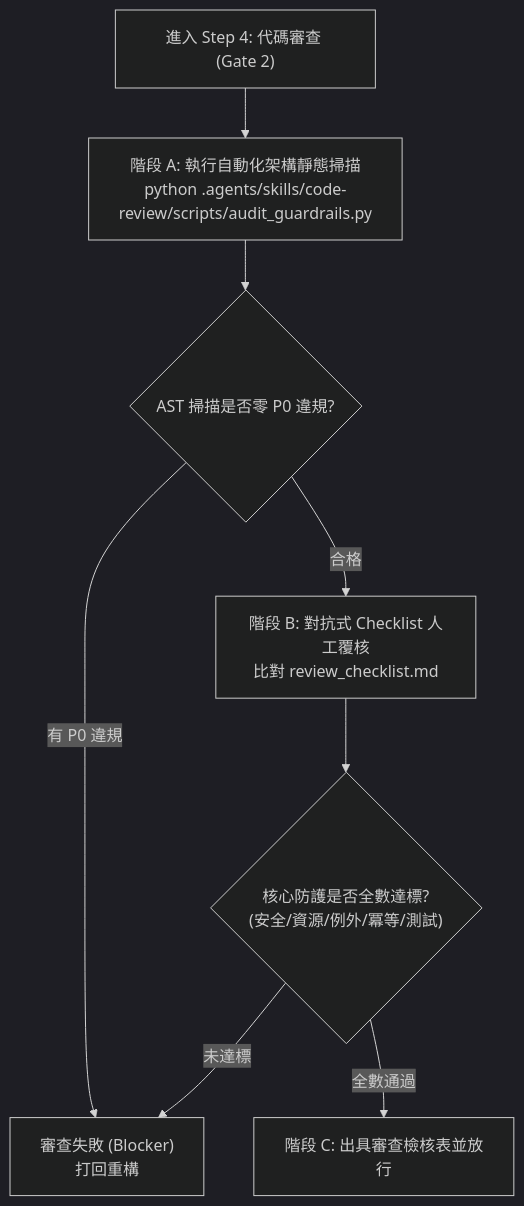
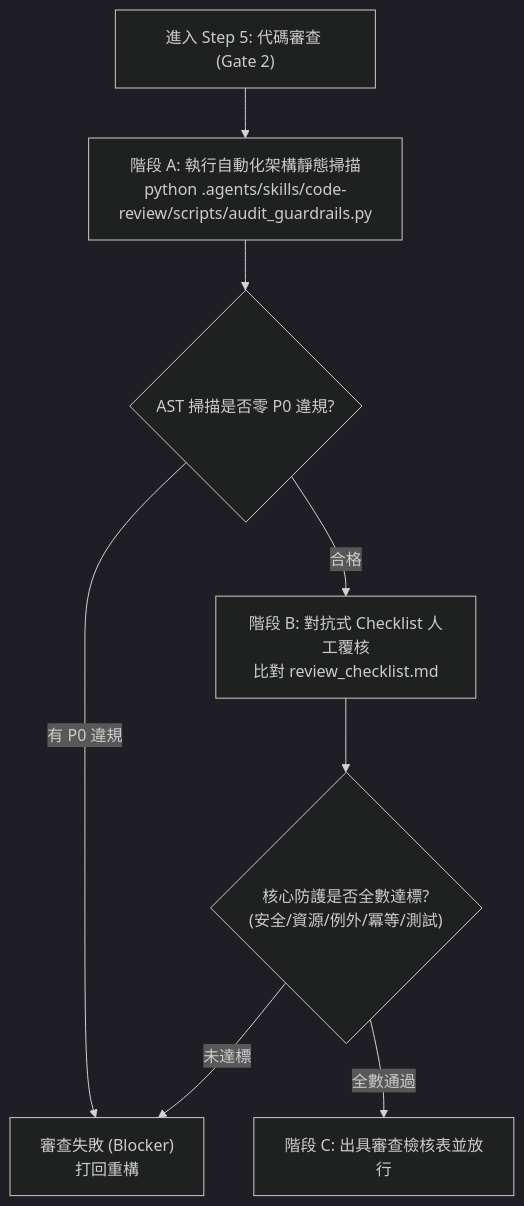
The diagram in .agents/skills/code-review/SKILL.md (williamcccc/resume-transform-search), drawn with Mermaid (dark theme) before and after one commit. The commit also changed other lines of this file and 2 other files, not shown here.

First line of the commit message:
docs: Gate 2 新增需求—斷言追溯檢查

````diff
--- a/.agents/skills/code-review/SKILL.md
+++ b/.agents/skills/code-review/SKILL.md
@@ -19,10 +19,10 @@
 ```mermaid
 flowchart TD
-    Start["進入 Step 4: 代碼審查 (Gate 2)"] --> StepA["階段 A: 執行自動化架構靜態掃描<br>python .agents/skills/code-review/scripts/audit_guardrails.py"]
+    Start["進入 Step 5: 代碼審查 (Gate 2)"] --> StepA["階段 A: 執行自動化架構靜態掃描<br>python .agents/skills/code-review/scripts/audit_guardrails.py"]
     StepA --> CheckA{"AST 掃描是否零 P0 違規?"}
     CheckA -->|"有 P0 違規"| Fail["審查失敗 (Blocker)<br>打回重構"]
     CheckA -->|"合格"| StepB["階段 B: 對抗式 Checklist 人工覆核<br>比對 review_checklist.md"]
     StepB --> CheckB{"核心防護是否全數達標?<br>(安全/資源/例外/冪等/測試)"}
     CheckB -->|"未達標"| Fail
     CheckB -->|"全數通過"| StepC["階段 C: 出具審查檢核表並放行"]
 ```
````
